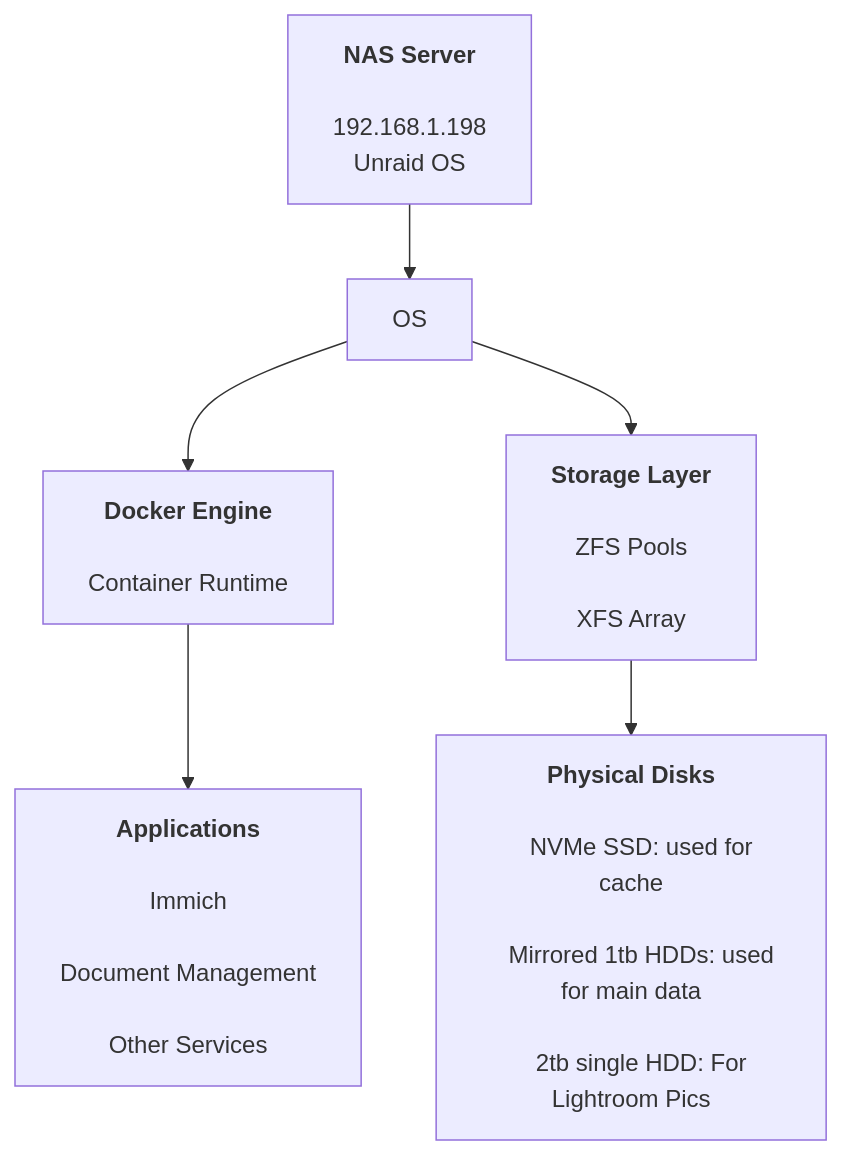
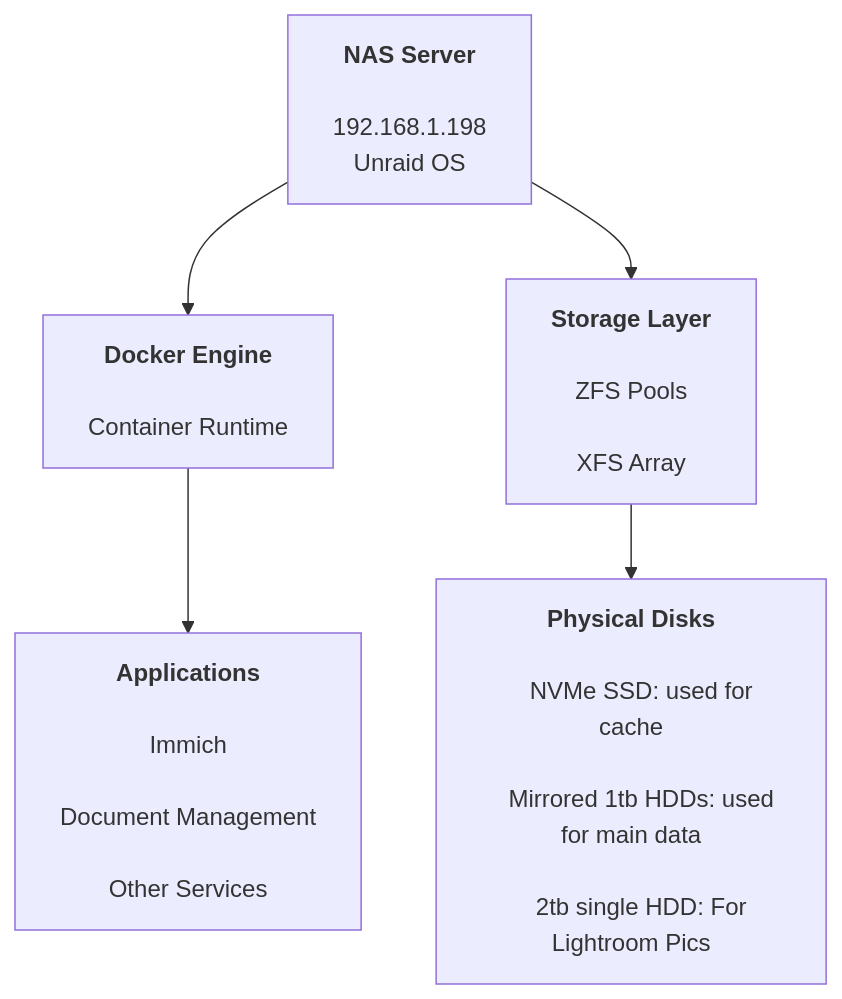
The diagram in docs/nas-structure.md (Grantm14/personal-nas), drawn with Mermaid before and after one commit.

````diff
--- a/docs/nas-structure.md
+++ b/docs/nas-structure.md
@@ -8,38 +8,37 @@
 ```mermaid
 flowchart TD
     NAS[
     <b>NAS Server</b><br/>
     192.168.1.198
     Unraid OS
     ]
     Docker[
     <b>Docker Engine</b><br/>
     Container Runtime
     ]
 
     Apps[
     <b>Applications</b><br/>
     Immich<br/>
     Document Management<br/>
     Other Services
     ]
 
     Storage[
     <b>Storage Layer</b><br/>
     ZFS Pools<br/>
     XFS Array
     ]
 
     Disks[
     <b>Physical Disks</b><br/>
     NVMe SSD: used for cache<br/>
     Mirrored 1tb HDDs: used for main data<br/>
     2tb single HDD: For Lightroom Pics
     ]
 
-    NAS --> OS
-    OS --> Docker
+    NAS --> Docker
+    NAS -->Storage
     Docker --> Apps
-    OS --> Storage
     Storage --> Disks
 ```
````
